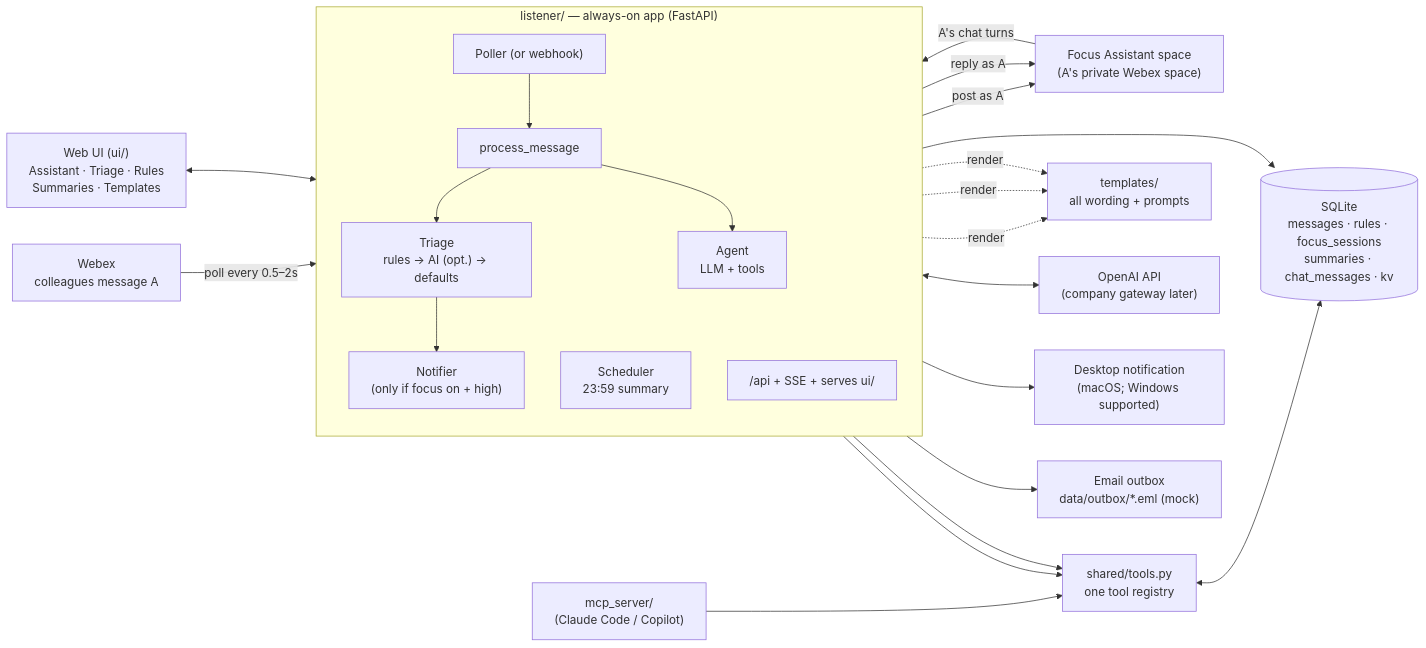
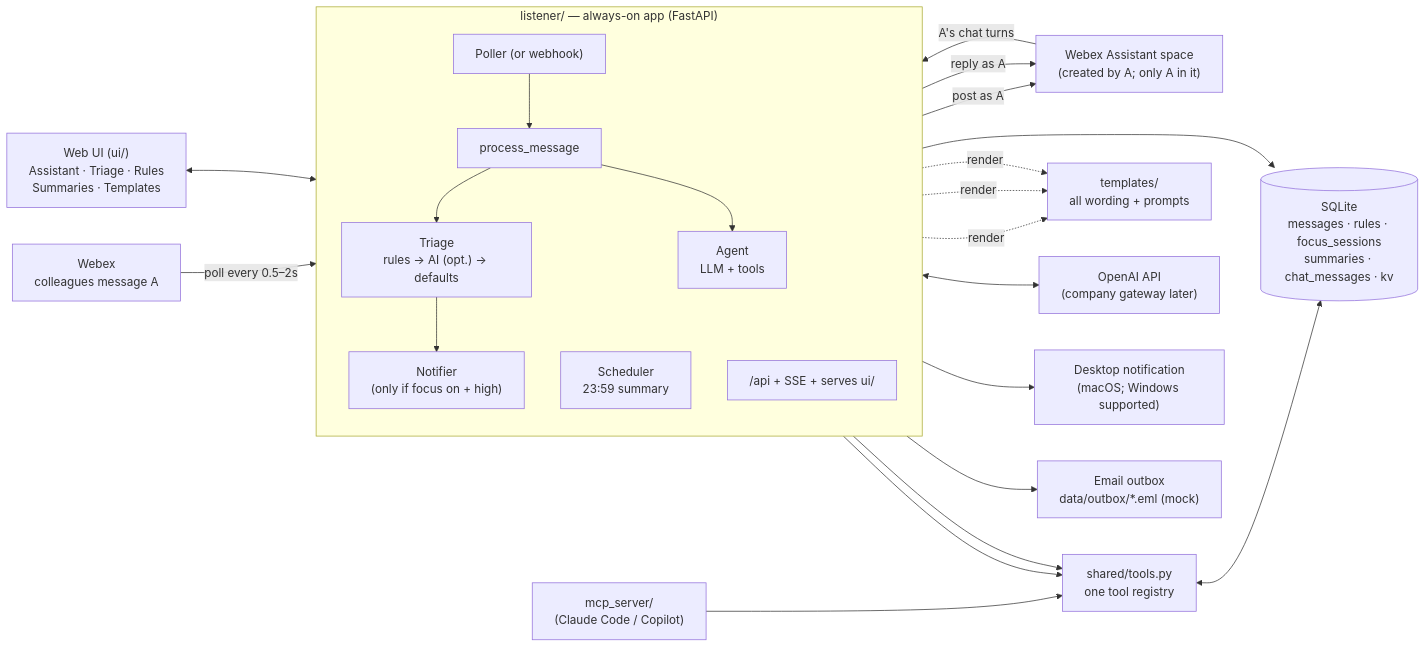
The diagram in docs/architecture.md (peinanwang/webex-tool), drawn with Mermaid before and after one commit. The commit also changed other lines of this file and 134 other files, not shown here.

First line of the commit message:
Build Webex Focus v2: AI assistant, live triage, templates, web UI

````diff
--- a/docs/architecture.md
+++ b/docs/architecture.md
@@ -5,37 +5,37 @@
 ```mermaid
 flowchart LR
     W["Webex<br/>colleagues message A"]
-    FA["Focus Assistant space<br/>(A's private Webex space)"]
+    FA["Webex Assistant space<br/>(created by A; only A in it)"]
     subgraph L["listener/ — always-on app (FastAPI)"]
         direction TB
         P["Poller (or webhook)"] --> PM["process_message"]
         PM --> T["Triage<br/>rules → AI (opt.) → defaults"]
         PM --> AG["Agent<br/>LLM + tools"]
         T --> N["Notifier<br/>(only if focus on + high)"]
         SC["Scheduler<br/>23:59 summary"]
         API["/api + SSE + serves ui/"]
     end
     TOOLS["shared/tools.py<br/>one tool registry"]
     TPL["templates/<br/>all wording + prompts"]
     DB[("SQLite<br/>messages · rules · focus_sessions<br/>summaries · chat_messages · kv")]
     LLM["OpenAI API<br/>(company gateway later)"]
     DESK["Desktop notification<br/>(macOS; Windows supported)"]
     MAIL["Email outbox<br/>data/outbox/*.eml (mock)"]
     UI["Web UI (ui/)<br/>Assistant · Triage · Rules<br/>Summaries · Templates"]
     MCP["mcp_server/<br/>(Claude Code / Copilot)"]
 
     W -- "poll every 0.5–2s" --> P
     FA -- "A's chat turns" --> P
     N -- "post as A" --> FA
     N --> DESK
     AG -- "reply as A" --> FA
     AG <--> LLM
     AG --> TOOLS
     API --> TOOLS
     MCP --> TOOLS
     TOOLS <--> DB
     PM --> DB
     SC --> MAIL
     UI <--> API
     N & AG & SC -. render .-> TPL
 ```
````
